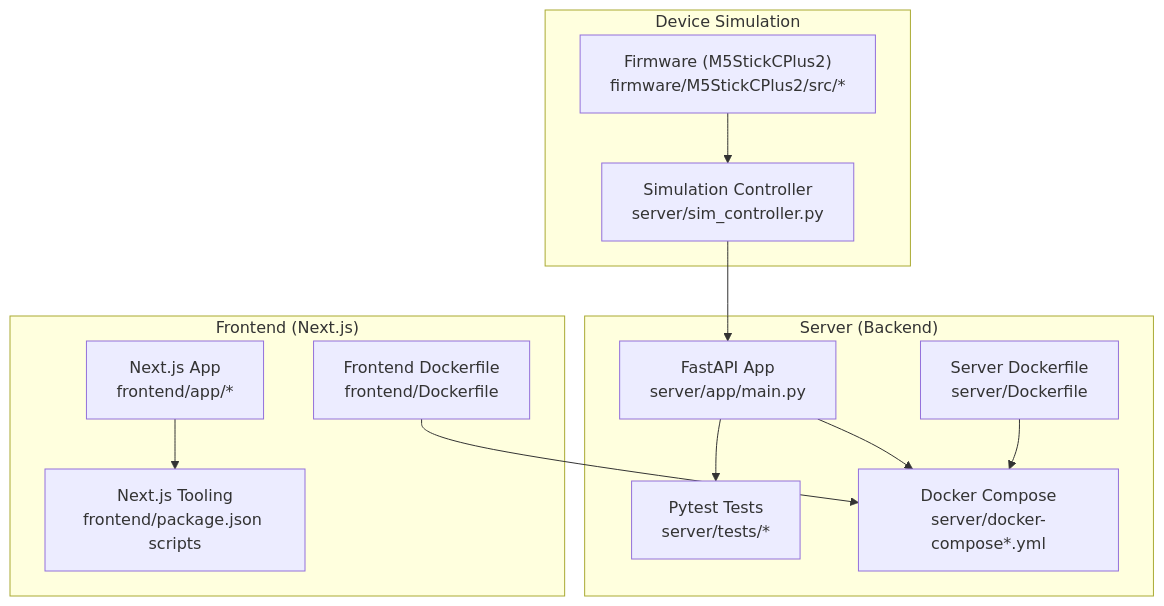
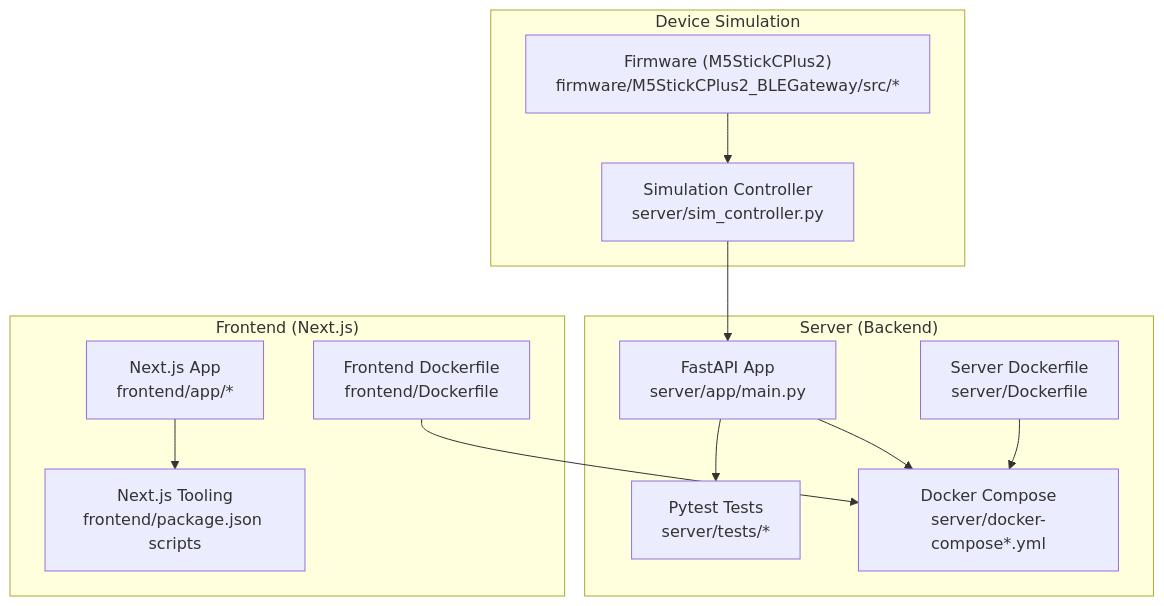
The first of 8 diagrams in docs/wiki/Testing & Deployment.md (NnopponS/WheelSense_Project), drawn with Mermaid before and after one commit. The commit also changed 1404 other files, not shown here.

````diff
--- a/docs/wiki/Testing & Deployment.md
+++ b/docs/wiki/Testing & Deployment.md
@@ -46,25 +46,25 @@
 ```mermaid
 graph TB
 subgraph "Server (Backend)"
 S_API["FastAPI App<br/>server/app/main.py"]
 S_TESTS["Pytest Tests<br/>server/tests/*"]
 S_DOCKER["Server Dockerfile<br/>server/Dockerfile"]
 S_COMPOSE["Docker Compose<br/>server/docker-compose*.yml"]
 end
 subgraph "Frontend (Next.js)"
 F_APP["Next.js App<br/>frontend/app/*"]
 F_TESTS["Next.js Tooling<br/>frontend/package.json scripts"]
 F_DOCKER["Frontend Dockerfile<br/>frontend/Dockerfile"]
 end
 subgraph "Device Simulation"
 SIM["Simulation Controller<br/>server/sim_controller.py"]
-FW["Firmware (M5StickCPlus2)<br/>firmware/M5StickCPlus2/src/*"]
+FW["Firmware (M5StickCPlus2)<br/>firmware/M5StickCPlus2_BLEGateway/src/*"]
 end
 S_API --> S_TESTS
 S_API --> S_COMPOSE
 S_DOCKER --> S_COMPOSE
 F_APP --> F_TESTS
 F_DOCKER --> S_COMPOSE
 SIM --> S_API
 FW --> SIM
 ```
````
